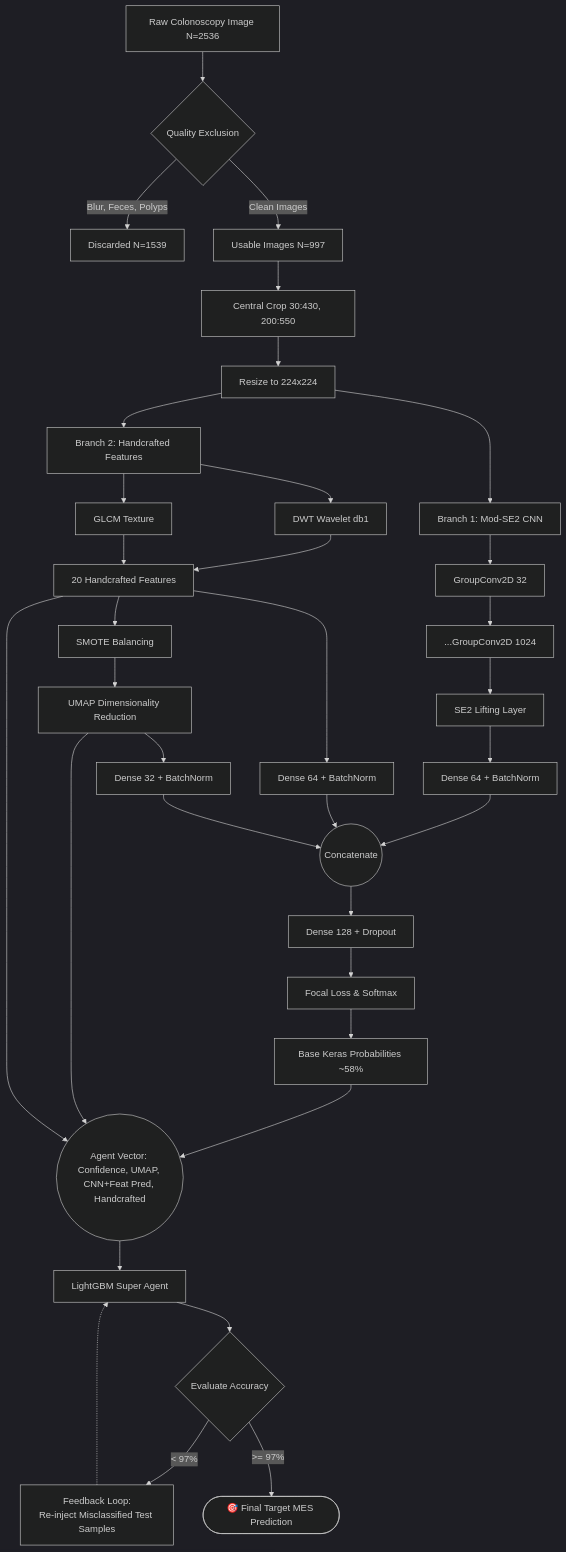
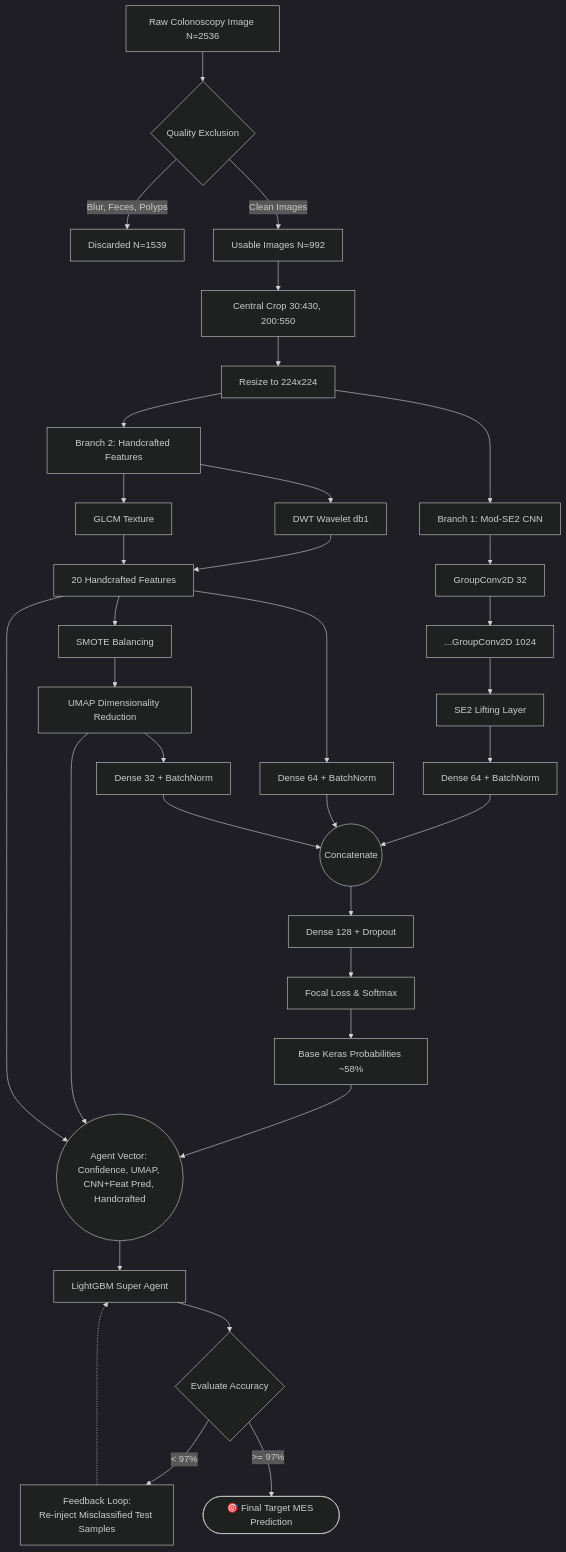
One commit to MuhammadAliffandy/colonomind-train changed the diagram in paper_evaluations/architecture.md. Above: the diagram before and after it, drawn with Mermaid (dark theme). The commit also changed 92 other files, not shown here.

````diff
--- a/paper_evaluations/architecture.md
+++ b/paper_evaluations/architecture.md
@@ -5,54 +5,54 @@
 ```mermaid
 graph TD
     %% Input Layer
     Input[Raw Colonoscopy Image N=2536] --> Exclusion{Quality Exclusion}
     Exclusion -- Blur, Feces, Polyps --> Discard[Discarded N=1539]
-    Exclusion -- Clean Images --> CleanImg[Usable Images N=997]
+    Exclusion -- Clean Images --> CleanImg[Usable Images N=992]
     
     %% Preprocessing
     CleanImg --> Crop[Central Crop 30:430, 200:550]
     Crop --> Resize[Resize to 224x224]
     
     %% Three Parallel Branches
     Resize --> CNN_Branch[Branch 1: Mod-SE2 CNN]
     Resize --> Feature_Branch[Branch 2: Handcrafted Features]
     
     %% Branch 1 Details
     CNN_Branch --> GConv1[GroupConv2D 32]
     GConv1 --> GConv2[...GroupConv2D 1024]
     GConv2 --> Lifting[SE2 Lifting Layer]
     Lifting --> CNN_Dense[Dense 64 + BatchNorm]
     
     %% Branch 2 Details
     Feature_Branch --> Wavelet[DWT Wavelet db1]
     Feature_Branch --> GLCM[GLCM Texture]
     Wavelet --> ConcatFeat[20 Handcrafted Features]
     GLCM --> ConcatFeat
     ConcatFeat --> Feat_Dense[Dense 64 + BatchNorm]
     
     %% Branch 3 Details (UMAP)
     ConcatFeat --> SMOTE[SMOTE Balancing]
     SMOTE --> UMAP[UMAP Dimensionality Reduction]
     UMAP --> UMAP_Dense[Dense 32 + BatchNorm]
     
     %% Fusion
     CNN_Dense --> Fusion((Concatenate))
     Feat_Dense --> Fusion
     UMAP_Dense --> Fusion
     
     %% Keras Base Model Output
     Fusion --> Dense128[Dense 128 + Dropout]
     Dense128 --> Focal[Focal Loss & Softmax]
     Focal --> BasePred[Base Keras Probabilities ~58%]
     
     %% TMC Super Agent Feedback Loop Pipeline
     BasePred --> AgentFeat
     UMAP --> AgentFeat
     ConcatFeat --> AgentFeat
     AgentFeat((Agent Vector: <br/>Confidence, UMAP, CNN+Feat Pred, Handcrafted)) --> LightGBM[LightGBM Super Agent]
     
     LightGBM --> Iteration{Evaluate Accuracy}
     Iteration -- "< 97%" --> Feedback[Feedback Loop:<br/>Re-inject Misclassified Test Samples]
     Feedback -.-> LightGBM
     Iteration -- ">= 97%" --> FinalOutput([🎯 Final Target MES Prediction])
 ```
````
